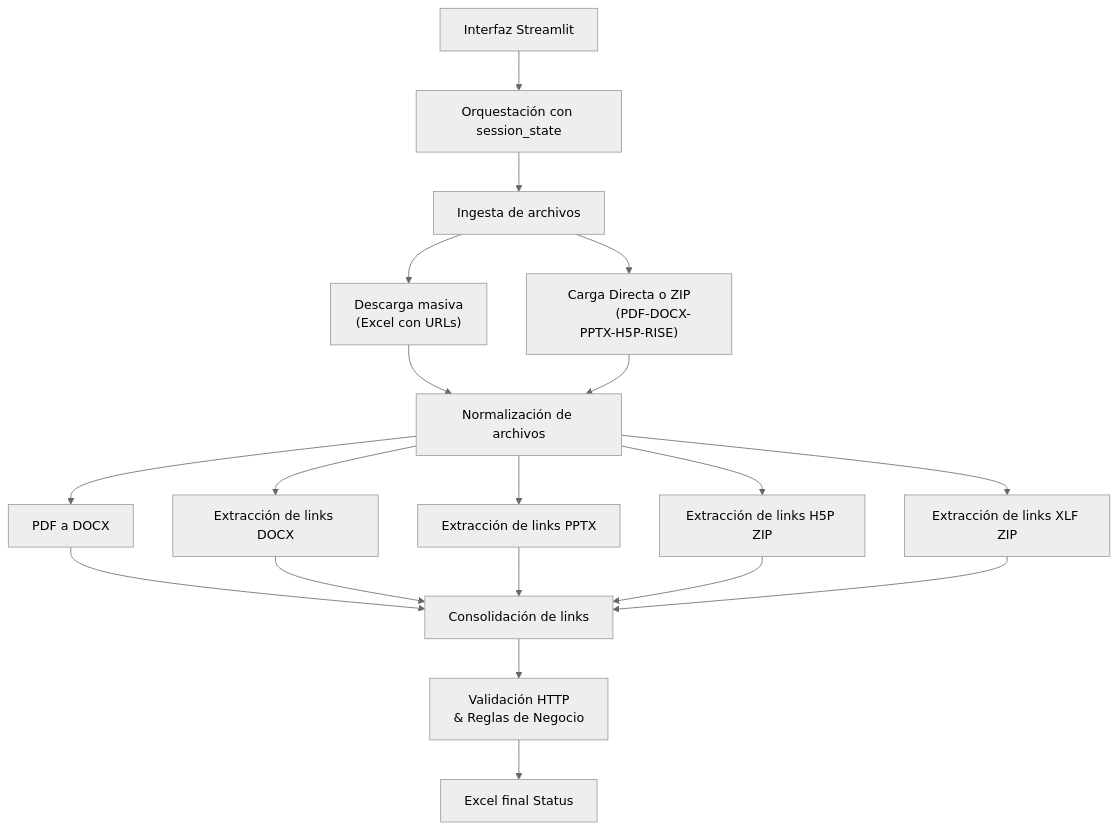
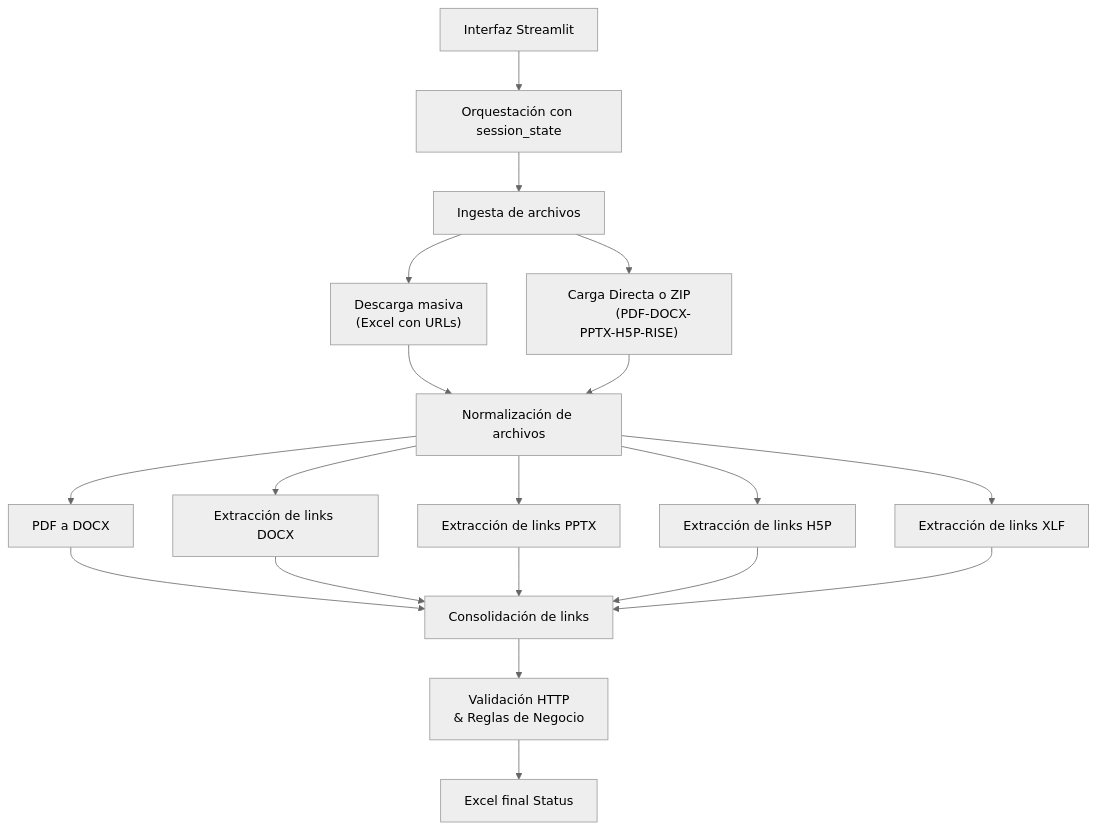
The diagram in README.md (joseluisantunezcondezo/UTP_Broken_Link_Checker), drawn with Mermaid (neutral theme) before and after one commit.

Commit message:
README.md

````diff
--- a/README.md
+++ b/README.md
@@ -180,24 +180,24 @@
 ```mermaid
 flowchart TD
     A["Interfaz Streamlit"] --> B["Orquestación con session_state"]
     B --> C["Ingesta de archivos"]
     C --> D1["Descarga masiva
               (Excel con URLs)"]
     C --> D2["Carga Directa o ZIP
             (PDF-DOCX-PPTX-H5P-RISE)"]
     D1 --> E["Normalización de archivos"]
     D2 --> E
     E --> F1["PDF a DOCX"]
     E --> F2["Extracción de links DOCX"]
     E --> F3[Extracción de links PPTX]
-    E --> F4[Extracción de links H5P ZIP]
-    E --> F5[Extracción de links XLF ZIP]
+    E --> F4[Extracción de links H5P]
+    E --> F5[Extracción de links XLF]
     F1 --> G[Consolidación de links]
     F2 --> G
     F3 --> G
     F4 --> G
     F5 --> G
     G --> H["Validación HTTP
             & Reglas de Negocio"]
     H --> I[Excel final Status]
 ```
````
